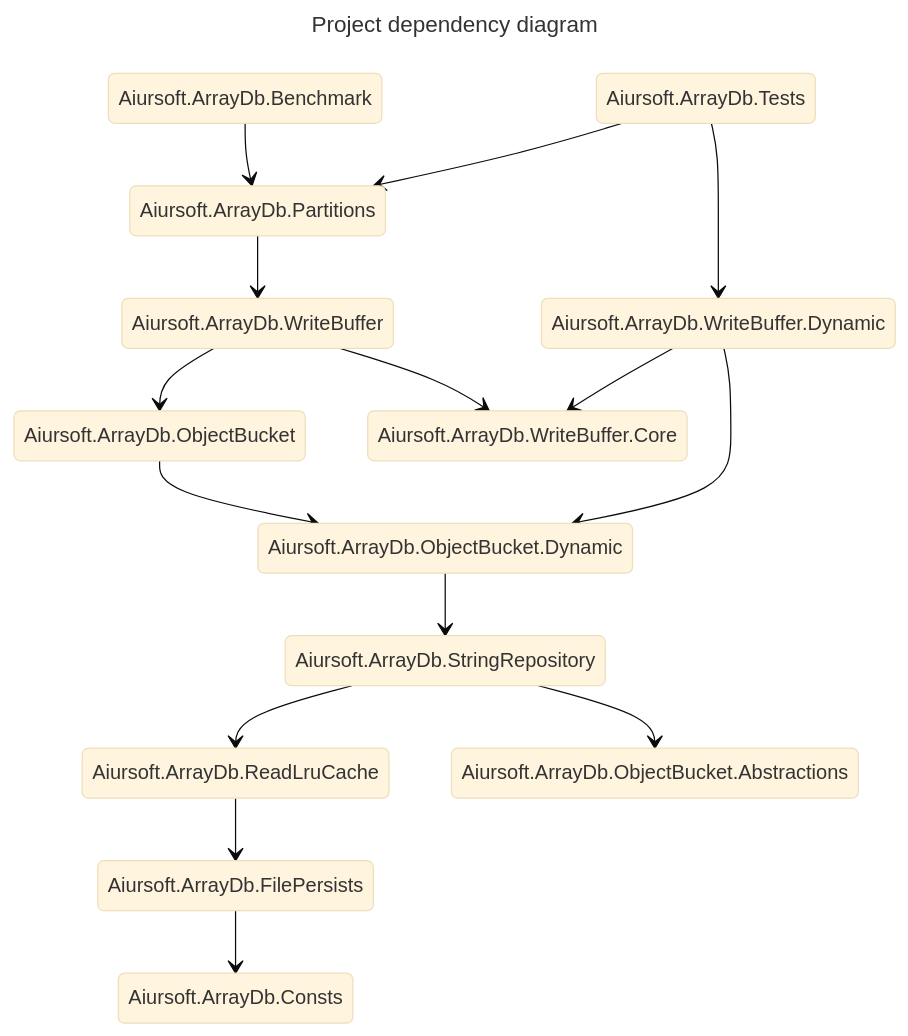
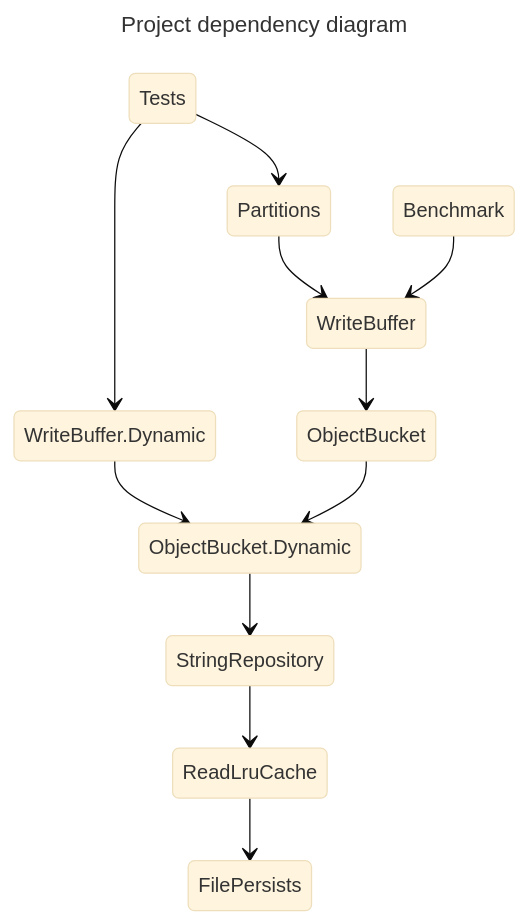
Before and after one commit to AiursoftWeb/ArrayDb: the diagram in README.md, drawn with Mermaid (base theme). The commit also changed 4 other files, not shown here.

Commit message:
Refactor ArrayDb documentation and enhance dynamic object bucket functionality

````diff
--- a/README.md
+++ b/README.md
@@ -54,21 +54,17 @@
 ```mermaid
 ---
 title: Project dependency diagram
 ---
 
 stateDiagram-v2
-    Aiursoft.ArrayDb.FilePersists --> Aiursoft.ArrayDb.Consts
-    Aiursoft.ArrayDb.ReadLruCache --> Aiursoft.ArrayDb.FilePersists
-    Aiursoft.ArrayDb.StringRepository --> Aiursoft.ArrayDb.ObjectBucket.Abstractions
-    Aiursoft.ArrayDb.StringRepository --> Aiursoft.ArrayDb.ReadLruCache
-    Aiursoft.ArrayDb.ObjectBucket.Dynamic --> Aiursoft.ArrayDb.StringRepository
-    Aiursoft.ArrayDb.ObjectBucket --> Aiursoft.ArrayDb.ObjectBucket.Dynamic
-    Aiursoft.ArrayDb.WriteBuffer --> Aiursoft.ArrayDb.ObjectBucket
-    Aiursoft.ArrayDb.WriteBuffer --> Aiursoft.ArrayDb.WriteBuffer.Core
-    Aiursoft.ArrayDb.Partitions --> Aiursoft.ArrayDb.WriteBuffer
-    Aiursoft.ArrayDb.Benchmark --> Aiursoft.ArrayDb.Partitions
-    Aiursoft.ArrayDb.WriteBuffer.Dynamic --> Aiursoft.ArrayDb.ObjectBucket.Dynamic
-    Aiursoft.ArrayDb.WriteBuffer.Dynamic --> Aiursoft.ArrayDb.WriteBuffer.Core
-    Aiursoft.ArrayDb.Tests --> Aiursoft.ArrayDb.Partitions
-    Aiursoft.ArrayDb.Tests --> Aiursoft.ArrayDb.WriteBuffer.Dynamic
+    ReadLruCache --> FilePersists
+    StringRepository --> ReadLruCache
+    ObjectBucket.Dynamic --> StringRepository
+    WriteBuffer.Dynamic --> ObjectBucket.Dynamic
+    ObjectBucket --> ObjectBucket.Dynamic
+    WriteBuffer --> ObjectBucket
+    Partitions --> WriteBuffer
+    Benchmark --> WriteBuffer
+    Tests --> Partitions
+    Tests --> WriteBuffer.Dynamic
 ```
````
